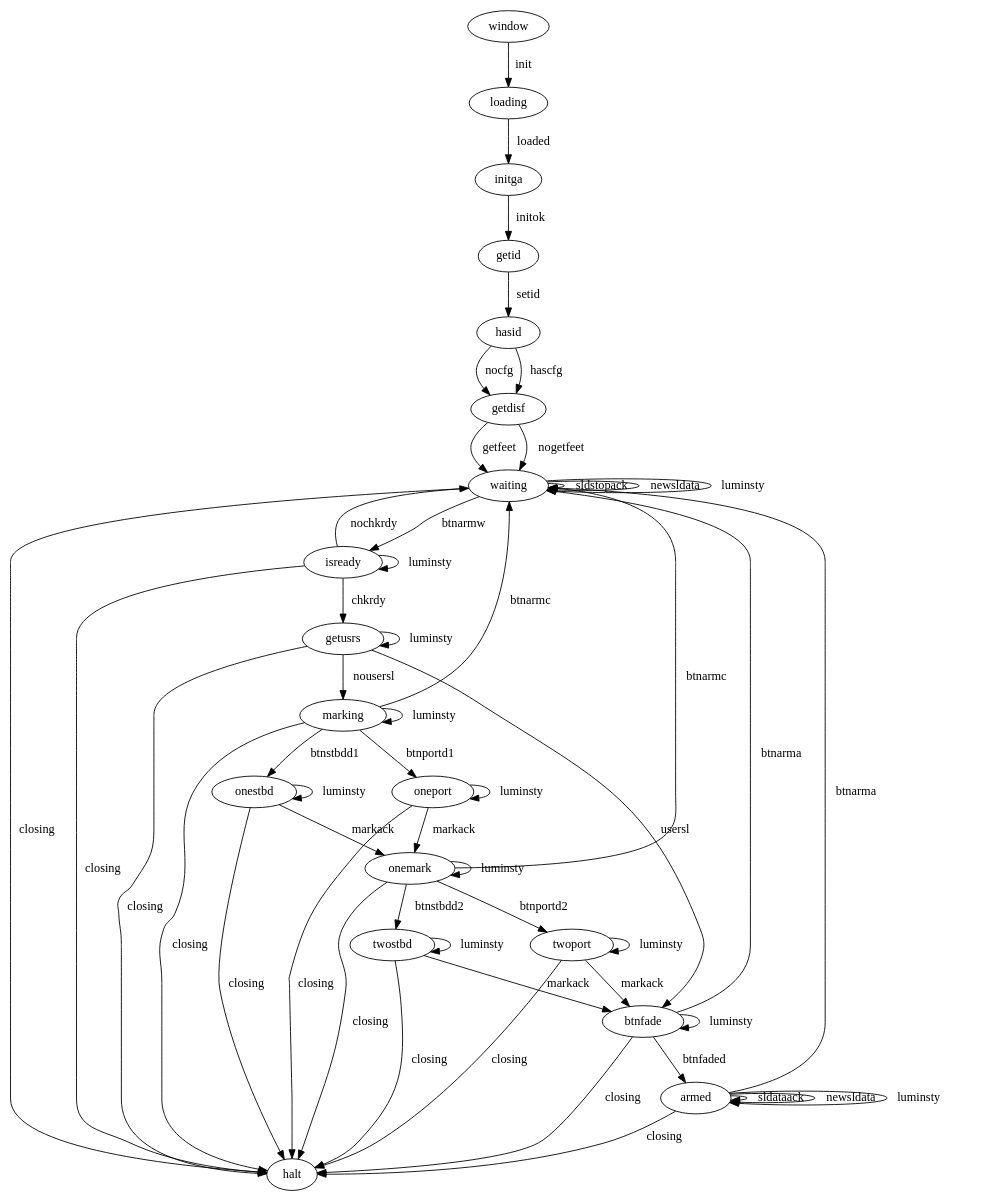
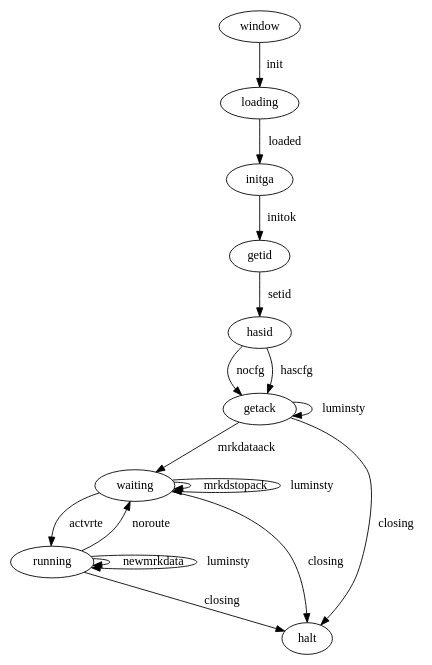
Before and after one commit to rgleason/dashboard_tactics_pi: the diagram in instrujs/racedashmark/src/statemachine.dot, drawn with Graphviz. The commit also changed 18 other files, not shown here.

```diff
--- a/instrujs/racedashmark/src/statemachine.dot
+++ b/instrujs/racedashmark/src/statemachine.dot
@@ -1,72 +1,28 @@
 digraph "fsm" {
   "window";
   "loading";
   "initga";
   "getid";
   "hasid";
-  "getdisf";
+  "getack";
   "waiting";
-  "isready";
-  "getusrs";
-  "marking";
-  "btnfade";
-  "oneport";
-  "onestbd";
-  "onemark";
-  "twoport";
-  "twostbd";
-  "armed";
+  "running";
   "halt";
   "window" -> "loading" [ label=" init " ];
   "loading" -> "initga" [ label=" loaded " ];
   "initga" -> "getid" [ label=" initok " ];
   "getid" -> "hasid" [ label=" setid " ];
-  "hasid" -> "getdisf" [ label=" nocfg " ];
-  "hasid" -> "getdisf" [ label=" hascfg " ];
-  "getdisf" -> "waiting" [ label=" getfeet " ];
-  "getdisf" -> "waiting" [ label=" nogetfeet " ];
-  "waiting" -> "waiting" [ label=" sldstopack " ];
-  "waiting" -> "waiting" [ label=" newsldata " ];
-  "waiting" -> "isready" [ label=" btnarmw " ];
-  "isready" -> "getusrs" [ label=" chkrdy " ];
-  "isready" -> "waiting" [ label=" nochkrdy " ];
-  "getusrs" -> "marking" [ label=" nousersl " ];
-  "getusrs" -> "btnfade" [ label=" usersl " ];
-  "marking" -> "oneport" [ label=" btnportd1 " ];
-  "marking" -> "onestbd" [ label=" btnstbdd1 " ];
-  "oneport" -> "onemark" [ label=" markack " ];
-  "onestbd" -> "onemark" [ label=" markack " ];
-  "onemark" -> "twoport" [ label=" btnportd2 " ];
-  "onemark" -> "twostbd" [ label=" btnstbdd2 " ];
-  "twoport" -> "btnfade" [ label=" markack " ];
-  "twostbd" -> "btnfade" [ label=" markack " ];
-  "btnfade" -> "armed" [ label=" btnfaded " ];
-  "armed" -> "armed" [ label=" sldataack " ];
-  "armed" -> "armed" [ label=" newsldata " ];
-  "marking" -> "waiting" [ label=" btnarmc " ];
-  "onemark" -> "waiting" [ label=" btnarmc " ];
-  "btnfade" -> "waiting" [ label=" btnarma " ];
-  "armed" -> "waiting" [ label=" btnarma " ];
+  "hasid" -> "getack" [ label=" nocfg " ];
+  "hasid" -> "getack" [ label=" hascfg " ];
+  "getack" -> "waiting" [ label=" mrkdataack " ];
+  "waiting" -> "running" [ label=" actvrte " ];
+  "running" -> "running" [ label=" newmrkdata " ];
+  "running" -> "waiting" [ label=" noroute " ];
+  "waiting" -> "waiting" [ label=" mrkdstopack " ];
+  "getack" -> "getack" [ label=" luminsty " ];
   "waiting" -> "waiting" [ label=" luminsty " ];
-  "isready" -> "isready" [ label=" luminsty " ];
-  "getusrs" -> "getusrs" [ label=" luminsty " ];
-  "marking" -> "marking" [ label=" luminsty " ];
-  "oneport" -> "oneport" [ label=" luminsty " ];
-  "onestbd" -> "onestbd" [ label=" luminsty " ];
-  "onemark" -> "onemark" [ label=" luminsty " ];
-  "twoport" -> "twoport" [ label=" luminsty " ];
-  "twostbd" -> "twostbd" [ label=" luminsty " ];
-  "btnfade" -> "btnfade" [ label=" luminsty " ];
-  "armed" -> "armed" [ label=" luminsty " ];
+  "running" -> "running" [ label=" luminsty " ];
+  "getack" -> "halt" [ label=" closing " ];
   "waiting" -> "halt" [ label=" closing " ];
-  "isready" -> "halt" [ label=" closing " ];
-  "getusrs" -> "halt" [ label=" closing " ];
-  "marking" -> "halt" [ label=" closing " ];
-  "oneport" -> "halt" [ label=" closing " ];
-  "onestbd" -> "halt" [ label=" closing " ];
-  "onemark" -> "halt" [ label=" closing " ];
-  "twoport" -> "halt" [ label=" closing " ];
-  "twostbd" -> "halt" [ label=" closing " ];
-  "btnfade" -> "halt" [ label=" closing " ];
-  "armed" -> "halt" [ label=" closing " ];
+  "running" -> "halt" [ label=" closing " ];
 }
```
